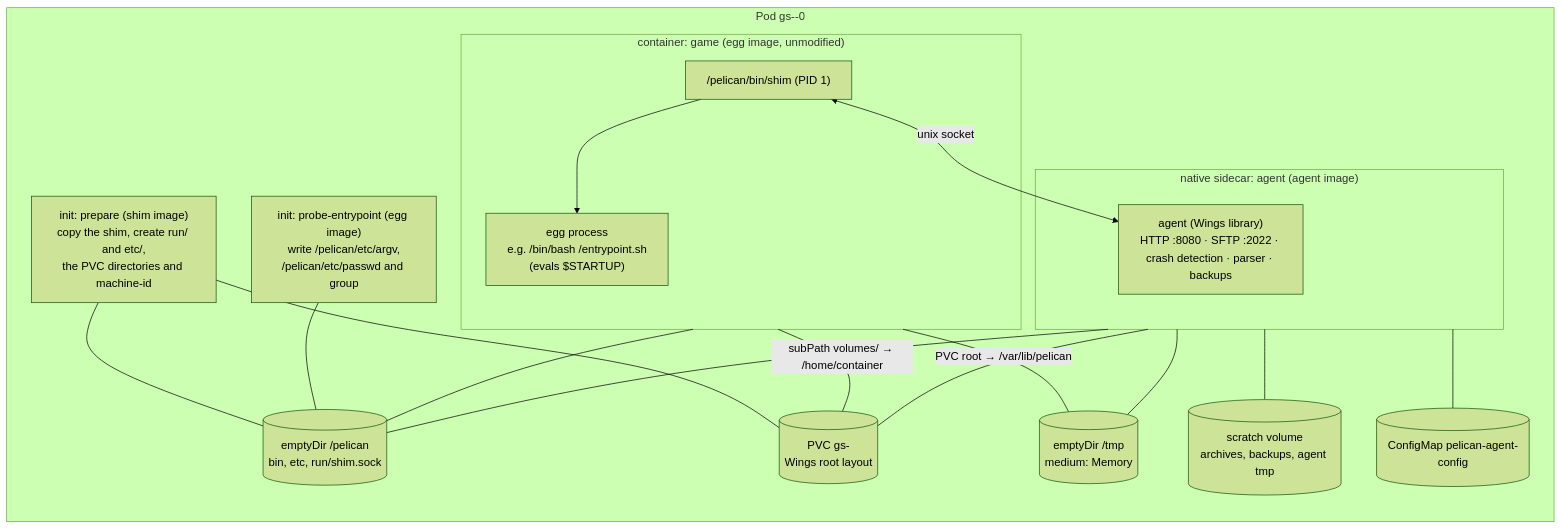
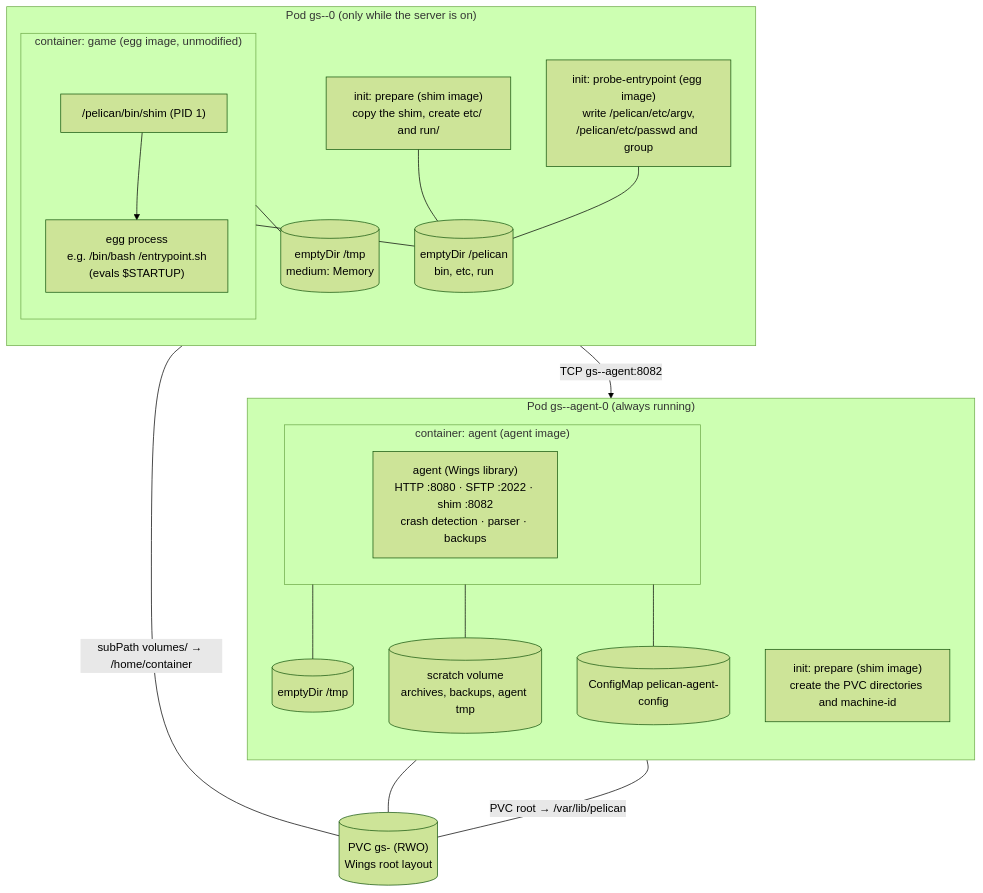
One commit to Claiyc/pelican-k8s changed the third of 5 diagrams in ARCHITECTURE.md. Above: the diagram before and after it, drawn with Mermaid (forest theme). The commit also changed other lines of this file, not shown here.

Commit message:
docs: describe the agent and the game as separate pods (overview, gateway, agent, shim)

````diff
--- a/ARCHITECTURE.md
+++ b/ARCHITECTURE.md
@@ -336,26 +371,32 @@
 ```mermaid
 flowchart TB
-  subgraph Pod["Pod gs-<uuid>-0"]
+  subgraph AP["Pod gs-<uuid>-agent-0 (always running)"]
     direction TB
-    I1["init: prepare (shim image)<br/>copy the shim, create run/ and etc/,<br/>the PVC directories and machine-id"]
+    AI["init: prepare (shim image)<br/>create the PVC directories and machine-id"]
+    subgraph A["container: agent (agent image)"]
+      W["agent (Wings library)<br/>HTTP :8080 · SFTP :2022 · shim :8082<br/>crash detection · parser · backups"]
+    end
+    AV3[("emptyDir /tmp")]
+    AV4[("scratch volume<br/>archives, backups, agent tmp")]
+    AV5[("ConfigMap pelican-agent-config")]
+  end
+  subgraph GP["Pod gs-<uuid>-0 (only while the server is on)"]
+    direction TB
+    I1["init: prepare (shim image)<br/>copy the shim, create etc/ and run/"]
     I2["init: probe-entrypoint (egg image)<br/>write /pelican/etc/argv,<br/>/pelican/etc/passwd and group"]
-    subgraph A["native sidecar: agent (agent image)"]
-      W["agent (Wings library)<br/>HTTP :8080 · SFTP :2022 · crash detection · parser · backups"]
-    end
     subgraph G["container: game (egg image, unmodified)"]
       SH["/pelican/bin/shim (PID 1)"] --> EP["egg process<br/>e.g. /bin/bash /entrypoint.sh<br/>(evals $STARTUP)"]
     end
-    V1[("emptyDir /pelican<br/>bin, etc, run/shim.sock")]
-    V2[("PVC gs-<uuid><br/>Wings root layout")]
+    V1[("emptyDir /pelican<br/>bin, etc, run")]
     V3[("emptyDir /tmp<br/>medium: Memory")]
-    V4[("scratch volume<br/>archives, backups, agent tmp")]
-    V5[("ConfigMap pelican-agent-config")]
   end
-  SH <-- "unix socket" --> W
+  V2[("PVC gs-<uuid> (RWO)<br/>Wings root layout")]
+  SH -- "TCP gs-<uuid>-agent:8082" --> W
   G --- V1 & V3
-  A --- V1 & V3 & V4 & V5
-  I1 --- V1 & V2
+  A --- AV3 & AV4 & AV5
+  AI --- V2
+  I1 --- V1
   I2 --- V1
   G -- "subPath volumes/<uuid> → /home/container" --- V2
   A -- "PVC root → /var/lib/pelican" --- V2
 ```
````
